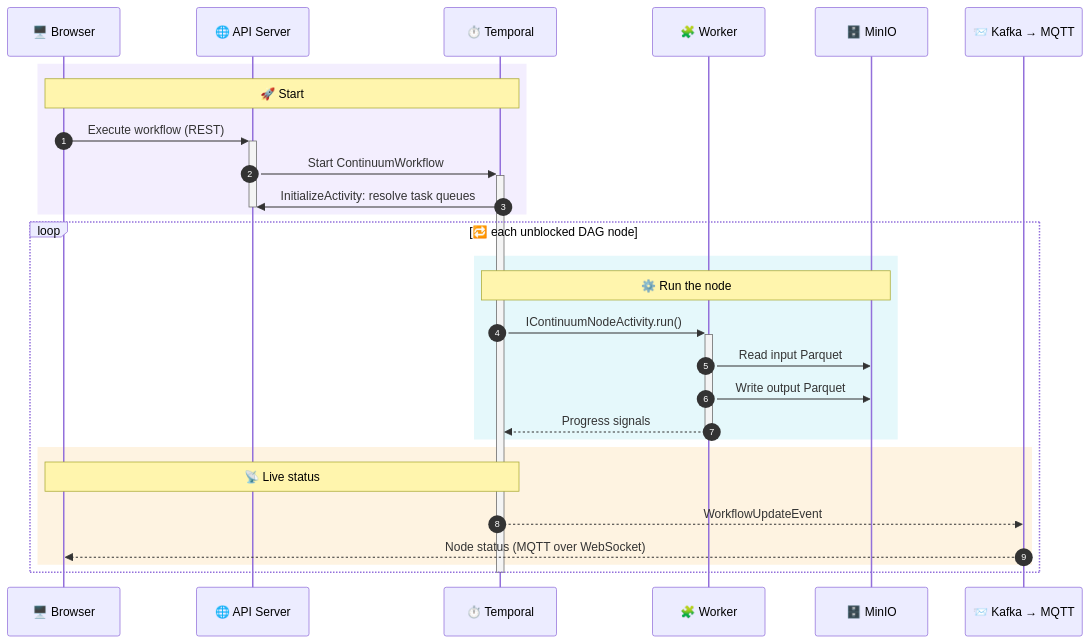
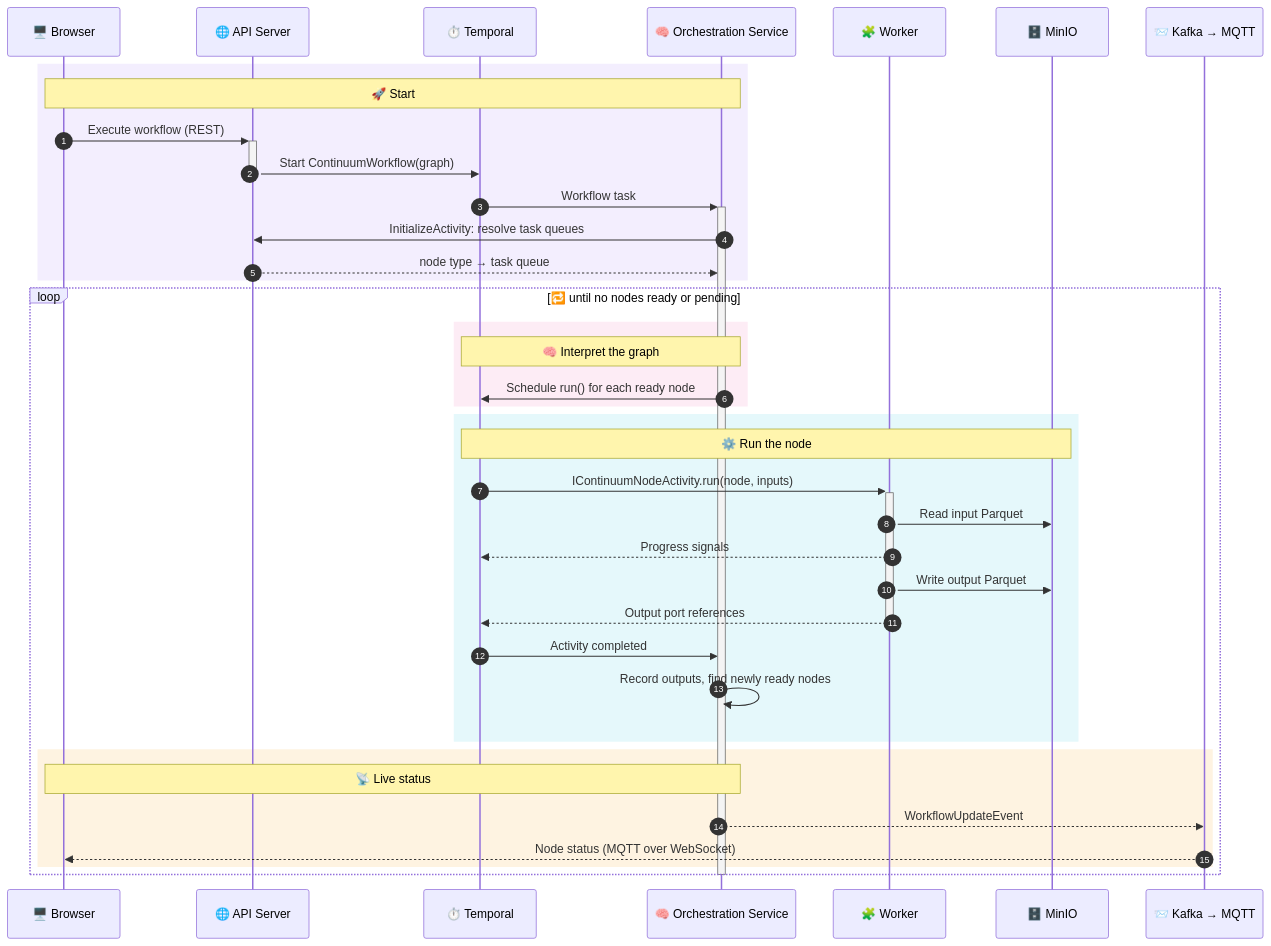
One commit to projectcontinuum-org/continuum-docs changed the second of 2 diagrams in docs/architecture/overview.md. Above: the diagram before and after it, drawn with Mermaid. The commit also changed other lines of this file and 24 other files, not shown here.

First line of the commit message:
CONTNM-139: Add docs for Gradle plugin and Orchestration Service (#8)

````diff
--- a/docs/architecture/overview.md
+++ b/docs/architecture/overview.md
@@ -68,34 +82,44 @@
 ```mermaid
 sequenceDiagram
   autonumber
   participant B as 🖥️ Browser
   participant A as 🌐 API Server
   participant T as ⏱️ Temporal
+  participant O as 🧠 Orchestration Service
   participant W as 🧩 Worker
   participant S as 🗄️ MinIO
   participant K as 📨 Kafka → MQTT
 
   rect rgba(139, 92, 246, 0.10)
-    Note over B,T: 🚀 Start
+    Note over B,O: 🚀 Start
     B->>+A: Execute workflow (REST)
-    A->>+T: Start ContinuumWorkflow
-    T->>A: InitializeActivity: resolve task queues
+    A->>T: Start ContinuumWorkflow(graph)
     deactivate A
+    T->>+O: Workflow task
+    O->>A: InitializeActivity: resolve task queues
+    A-->>O: node type → task queue
   end
 
-  loop 🔁 each unblocked DAG node
+  loop 🔁 until no nodes ready or pending
+    rect rgba(236, 72, 153, 0.10)
+      Note over O,T: 🧠 Interpret the graph
+      O->>T: Schedule run() for each ready node
+    end
     rect rgba(6, 182, 212, 0.10)
       Note over T,S: ⚙️ Run the node
-      T->>+W: IContinuumNodeActivity.run()
+      T->>+W: IContinuumNodeActivity.run(node, inputs)
       W->>S: Read input Parquet
+      W-->>T: Progress signals
       W->>S: Write output Parquet
-      W-->>-T: Progress signals
+      W-->>-T: Output port references
+      T->>O: Activity completed
+      O->>O: Record outputs, find newly ready nodes
     end
     rect rgba(245, 158, 11, 0.12)
-      Note over T,B: 📡 Live status
-      T-->>K: WorkflowUpdateEvent
+      Note over O,B: 📡 Live status
+      O-->>K: WorkflowUpdateEvent
       K-->>B: Node status (MQTT over WebSocket)
     end
   end
-  deactivate T
+  deactivate O
 ```
````
